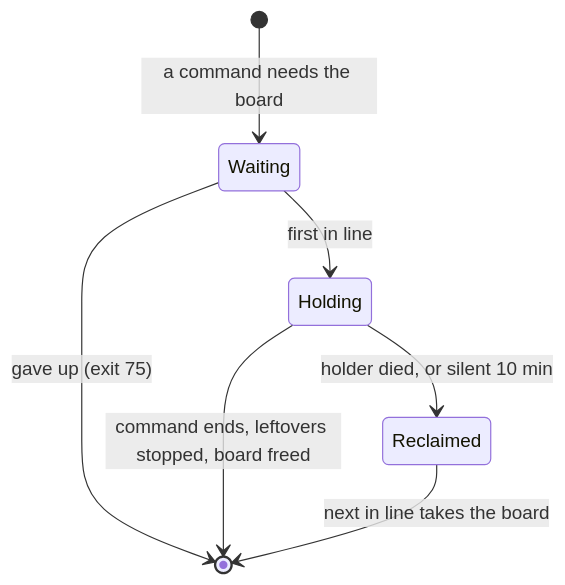
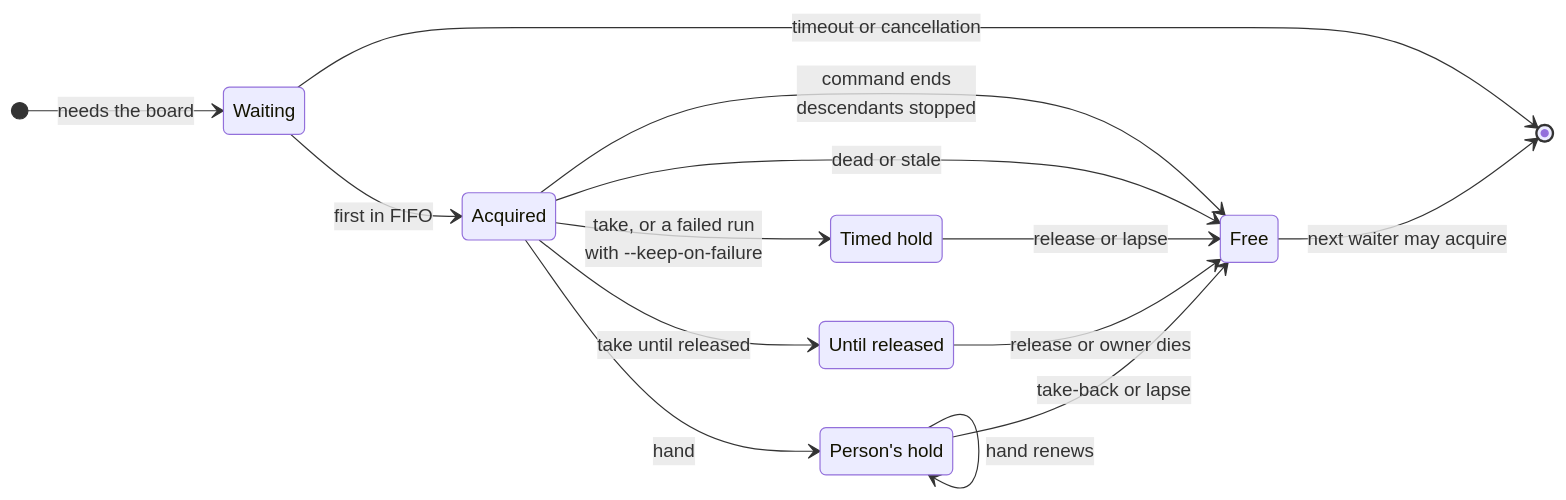
One commit to jose-villegas/autana changed the second of 2 diagrams in docs/tools/Device-Lock.md. Above: the diagram before and after it, drawn with Mermaid. The commit also changed other lines of this file and 17 other files, not shown here.

First line of the commit message:
autana: hold the board across commands (lock run / take / hand / wait) (#876)

````diff
--- a/docs/tools/Device-Lock.md
+++ b/docs/tools/Device-Lock.md
@@ -375,9 +444,21 @@
 ```mermaid
 stateDiagram-v2
-    [*] --> Waiting: a command needs the board
-    Waiting --> Holding: first in line
-    Waiting --> [*]: gave up (exit 75)
-    Holding --> [*]: command ends, leftovers stopped, board freed
-    Holding --> Reclaimed: holder died, or silent 10 min
-    Reclaimed --> [*]: next in line takes the board
+    direction LR
+    state "Acquired" as Running
+    state "Timed hold" as Timed
+    state "Until released" as Process
+    state "Person's hold" as Human
+    [*] --> Waiting: needs the board
+    Waiting --> Running: first in FIFO
+    Waiting --> [*]: timeout or cancellation
+    Running --> Timed: take, or a failed run<br/>with --keep-on-failure
+    Running --> Process: take until released
+    Running --> Human: hand
+    Running --> Free: command ends<br/>descendants stopped
+    Running --> Free: dead or stale
+    Timed --> Free: release or lapse
+    Process --> Free: release or owner dies
+    Human --> Human: hand renews
+    Human --> Free: take-back or lapse
+    Free --> [*]: next waiter may acquire
 ```
````
